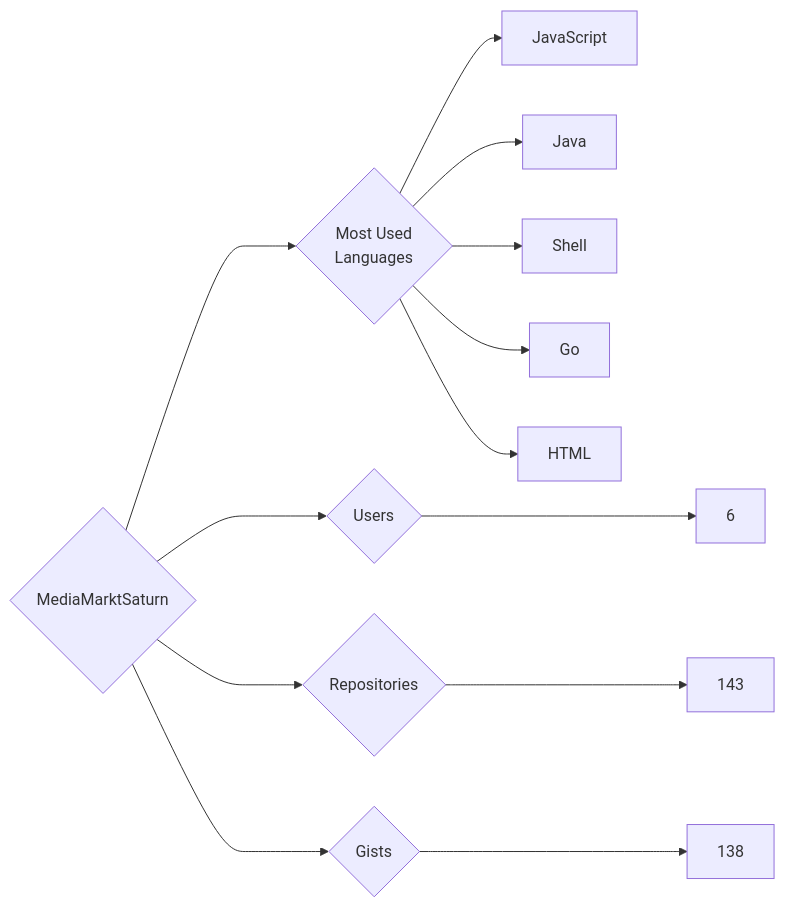
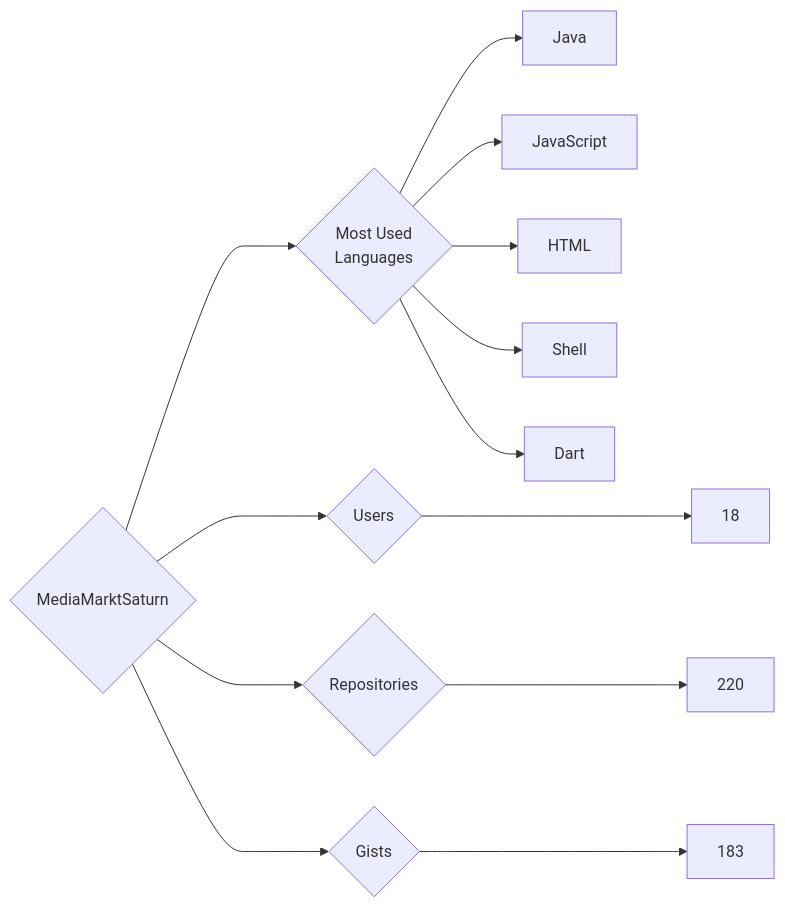
Before and after one commit to trickest/insiders: the diagram in targets/MediaMarktSaturn/README.md, drawn with Mermaid. The commit also changed 794 other files, not shown here.

````diff
--- a/targets/MediaMarktSaturn/README.md
+++ b/targets/MediaMarktSaturn/README.md
@@ -3,13 +3,13 @@
 ```mermaid
 graph LR
 COMPANY_NAME{MediaMarktSaturn}
-COMPANY_NAME ---> U{Users} ---> UN[6]
-COMPANY_NAME ---> R{Repositories} ---> RN[143]
-COMPANY_NAME ---> G{Gists} ---> GN[138]
+COMPANY_NAME ---> U{Users} ---> UN[18]
+COMPANY_NAME ---> R{Repositories} ---> RN[220]
+COMPANY_NAME ---> G{Gists} ---> GN[183]
 COMPANY_NAME ---> ML{Most Used<br>Languages}
+ML --> Java[Java]
 ML --> JavaScript[JavaScript]
-ML --> Java[Java]
+ML --> HTML[HTML]
 ML --> Shell[Shell]
-ML --> Go[Go]
-ML --> HTML[HTML]
+ML --> Dart[Dart]
 ```
````
